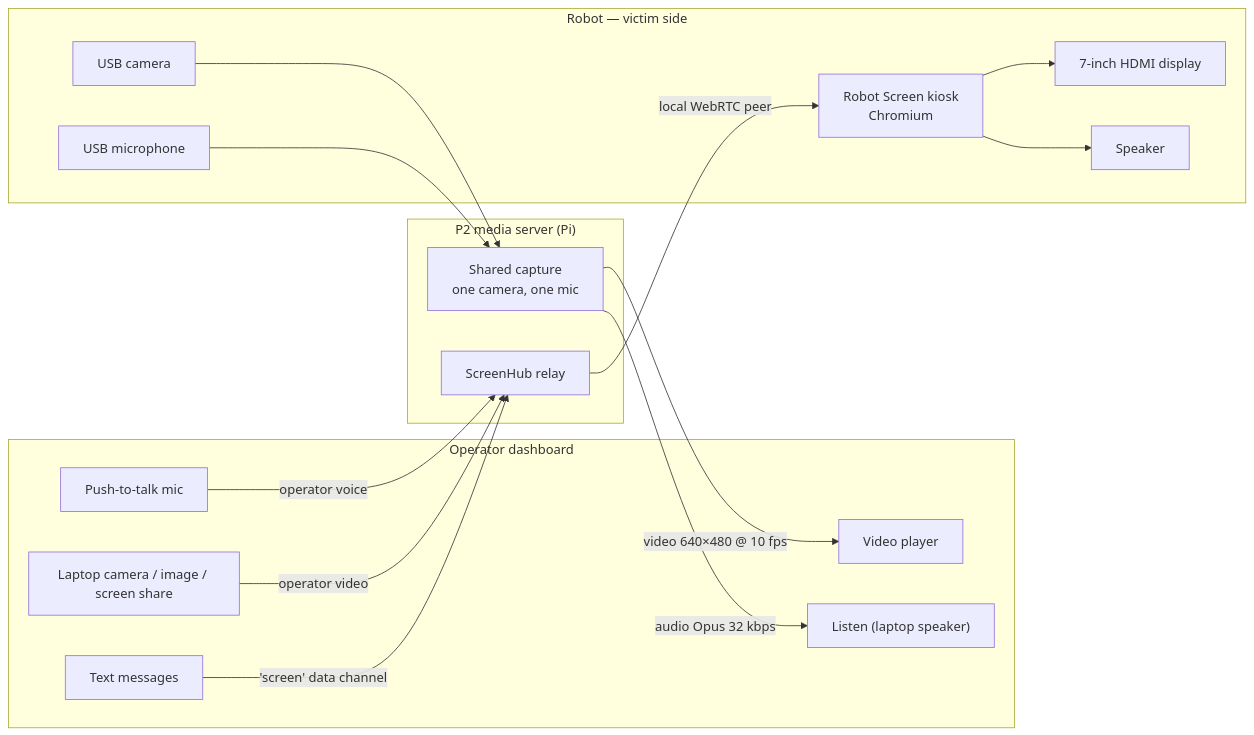
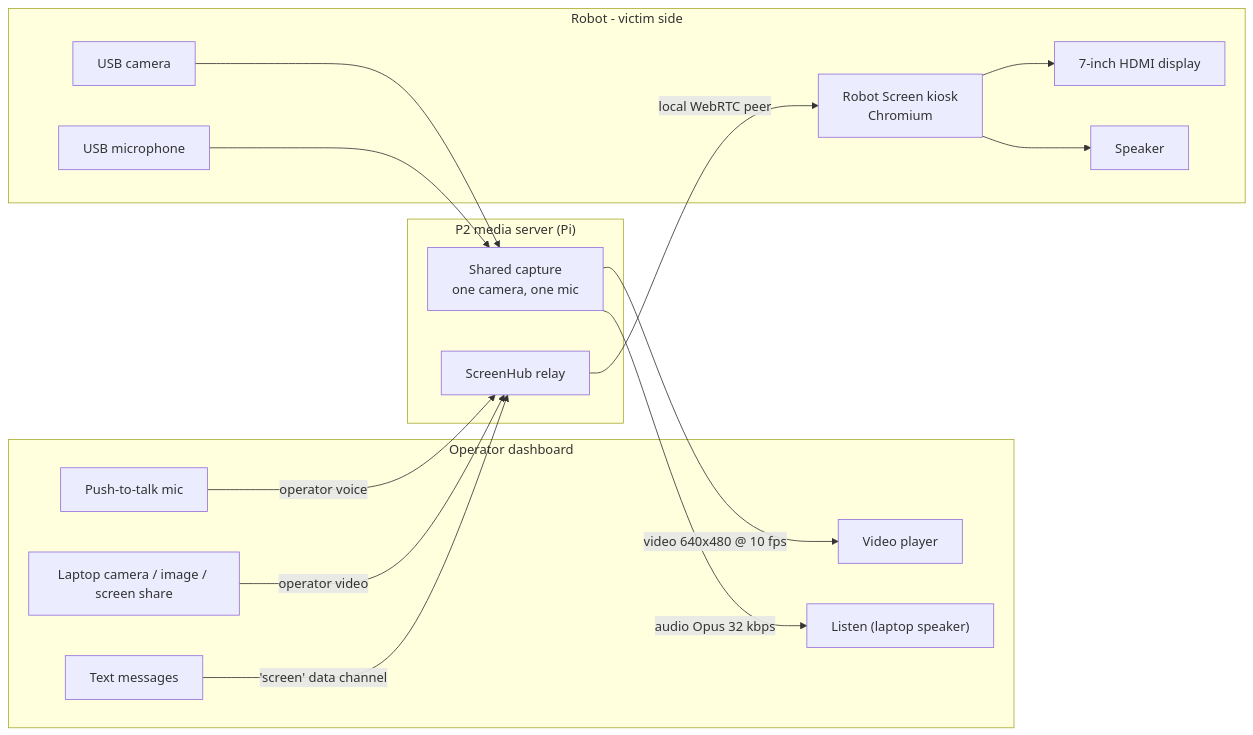
The ninth of 14 diagrams in research paper/methodology_diagrams.md (baiust999/robort-code-from-pi), drawn with Mermaid before and after one commit. The commit also changed other lines of this file and 4 other files, not shown here.

````diff
--- a/research paper/methodology_diagrams.md
+++ b/research paper/methodology_diagrams.md
@@ -303,34 +303,34 @@
 ```mermaid
 flowchart LR
     subgraph OPS["Operator dashboard"]
         VP["Video player"]
         LS["Listen (laptop speaker)"]
         PT["Push-to-talk mic"]
         OC["Laptop camera / image / screen share"]
         TX["Text messages"]
     end
 
     subgraph P2["P2 media server (Pi)"]
         CAP["Shared capture<br/>one camera, one mic"]
         RL["ScreenHub relay"]
     end
 
-    subgraph RB["Robot — victim side"]
+    subgraph RB["Robot - victim side"]
         CAM["USB camera"]
         MIC["USB microphone"]
         KS["Robot Screen kiosk<br/>Chromium"]
         DSP["7-inch HDMI display"]
         SPK["Speaker"]
     end
 
     CAM --> CAP
     MIC --> CAP
-    CAP -->|"video 640×480 @ 10 fps"| VP
+    CAP -->|"video 640x480 @ 10 fps"| VP
     CAP -->|"audio Opus 32 kbps"| LS
     PT -->|"operator voice"| RL
     OC -->|"operator video"| RL
     TX -->|"'screen' data channel"| RL
     RL -->|"local WebRTC peer"| KS
     KS --> DSP
     KS --> SPK
 ```
````
